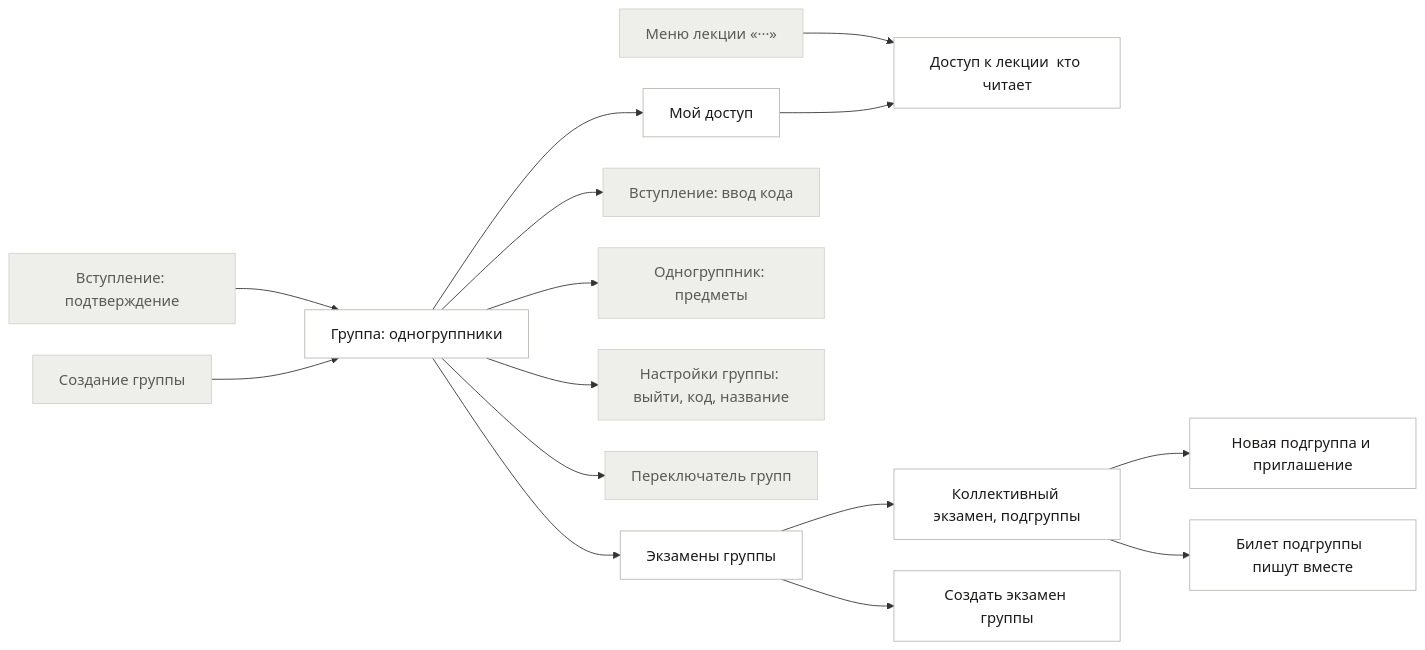
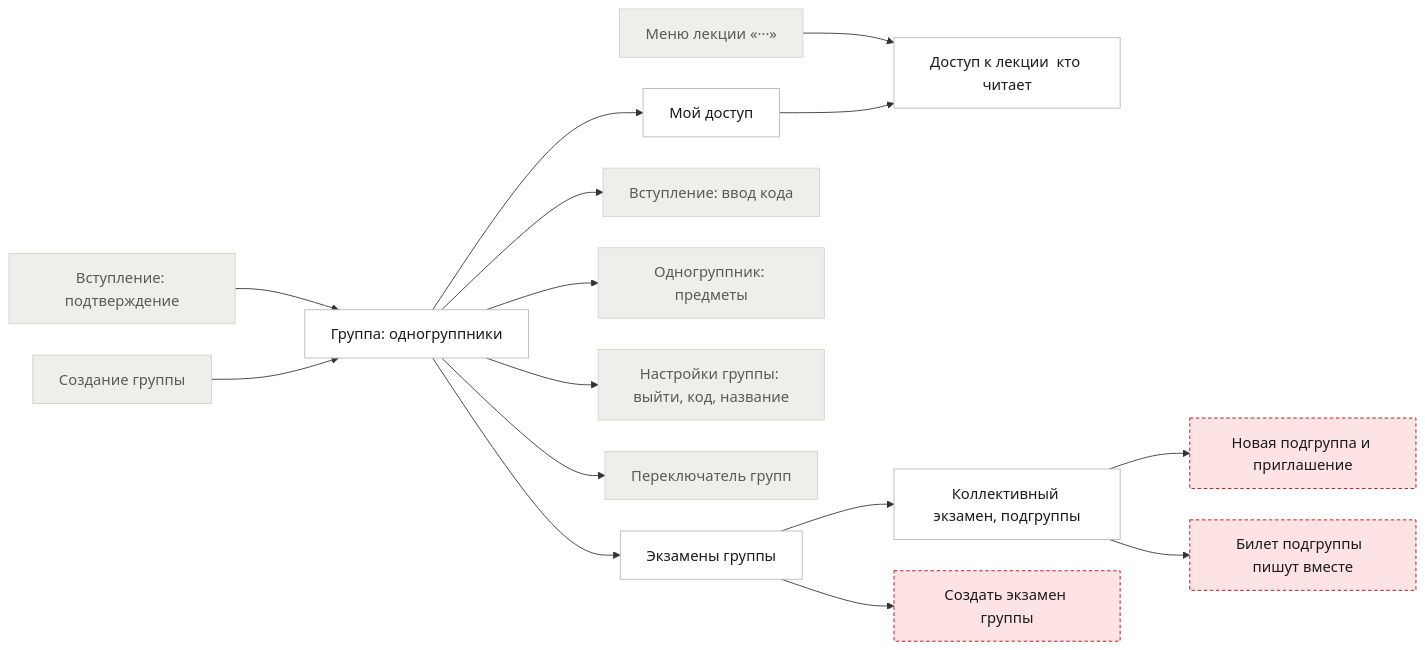
One commit to misha-quartzevsky/cohorta changed the sixth of 6 diagrams in docs/design/ia/userflow.md. Above: the diagram before and after it, drawn with Mermaid. The commit also changed other lines of this file and 7 other files, not shown here.

````diff
--- a/docs/design/ia/userflow.md
+++ b/docs/design/ia/userflow.md
@@ -402,52 +411,52 @@
 ```mermaid
 %%{init:{"themeVariables":{"fontSize":"17px"},"flowchart":{"nodeSpacing":36,"rankSpacing":80,"curve":"basis"}}}%%
 flowchart LR
   g_home["Группа: одногруппники"]
   g_myaccess["Мой доступ"]
   g_lecture_access["Доступ к лекции  кто читает "]
   g_exams["Экзамены группы"]
   g_exam["Коллективный экзамен, подгруппы"]
   g_exam_new["Создать экзамен группы"]
   g_sub_new["Новая подгруппа и приглашение"]
   g_ticket["Билет подгруппы  пишут вместе "]
   g_create["Создание группы"]
   g_join["Вступление: ввод кода"]
   g_join_ok["Вступление: подтверждение"]
   g_member["Одногруппник: предметы"]
   g_settings["Настройки группы: выйти, код, название"]
   g_switch["Переключатель групп"]
   lecture_menu["Меню лекции «···»"]
   lecture_menu --> g_lecture_access
   g_home --> g_join
   g_join_ok --> g_home
   g_create --> g_home
   g_home --> g_switch
   g_home --> g_member
   g_home --> g_settings
   g_home --> g_myaccess
   g_myaccess --> g_lecture_access
   g_home --> g_exams
   g_exams --> g_exam
   g_exams --> g_exam_new
   g_exam --> g_sub_new
   g_exam --> g_ticket
   classDef ok fill:#FFFFFF,stroke:#B8B8B2,color:#1C1B19
   classDef no fill:#FDE3E3,stroke:#B00008,stroke-dasharray:4 3,color:#1C1B19
   classDef ex fill:#EEEEEB,stroke:#D2D2CD,color:#5A5A56
   classDef vi fill:#FDEBDB,stroke:#E86800,color:#1C1B19
   class g_home ok
   class g_myaccess ok
   class g_lecture_access ok
   class g_exams ok
   class g_exam ok
-  class g_exam_new ok
-  class g_sub_new ok
-  class g_ticket ok
+  class g_exam_new no
+  class g_sub_new no
+  class g_ticket no
   class g_create ex
   class g_join ex
   class g_join_ok ex
   class g_member ex
   class g_settings ex
   class g_switch ex
   class lecture_menu ex
 ```
````
